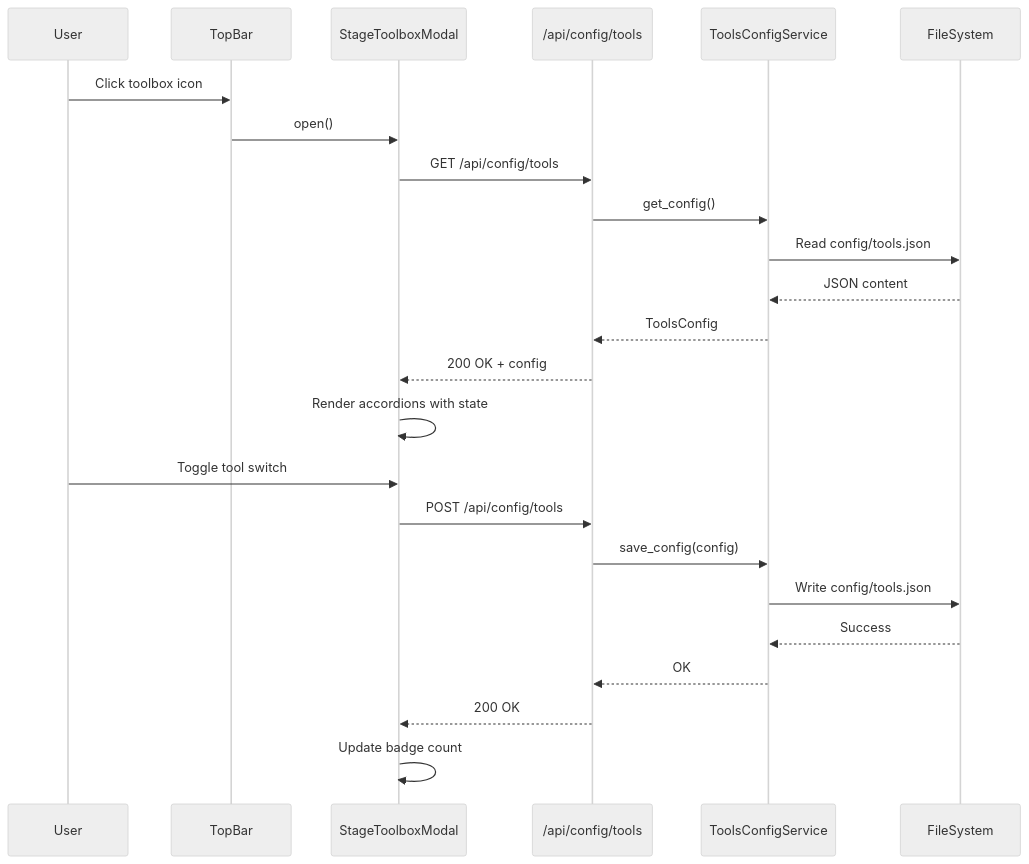
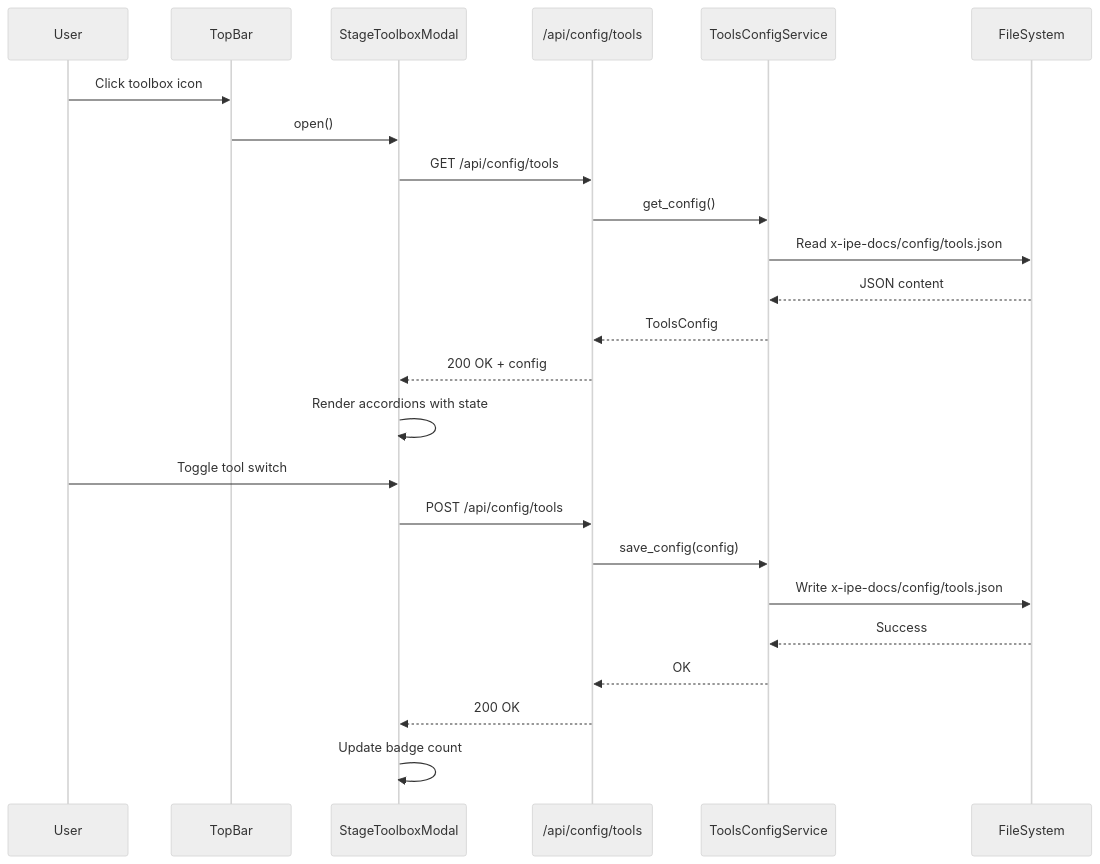
One commit to Young-Z/X-IPE changed the second of 2 diagrams in x-ipe-docs/requirements/FEATURE-011/technical-design.md. Above: the diagram before and after it, drawn with Mermaid (neutral theme). The commit also changed other lines of this file and 84 other files, not shown here.

````diff
--- a/x-ipe-docs/requirements/FEATURE-011/technical-design.md
+++ b/x-ipe-docs/requirements/FEATURE-011/technical-design.md
@@ -134,28 +134,28 @@
 ```mermaid
 sequenceDiagram
     participant U as User
     participant TB as TopBar
     participant M as StageToolboxModal
     participant API as /api/config/tools
     participant S as ToolsConfigService
     participant FS as FileSystem
 
     U->>TB: Click toolbox icon
     TB->>M: open()
     M->>API: GET /api/config/tools
     API->>S: get_config()
-    S->>FS: Read config/tools.json
+    S->>FS: Read x-ipe-docs/config/tools.json
     FS-->>S: JSON content
     S-->>API: ToolsConfig
     API-->>M: 200 OK + config
     M->>M: Render accordions with state
     
     U->>M: Toggle tool switch
     M->>API: POST /api/config/tools
     API->>S: save_config(config)
-    S->>FS: Write config/tools.json
+    S->>FS: Write x-ipe-docs/config/tools.json
     FS-->>S: Success
     S-->>API: OK
     API-->>M: 200 OK
     M->>M: Update badge count
 ```
````
